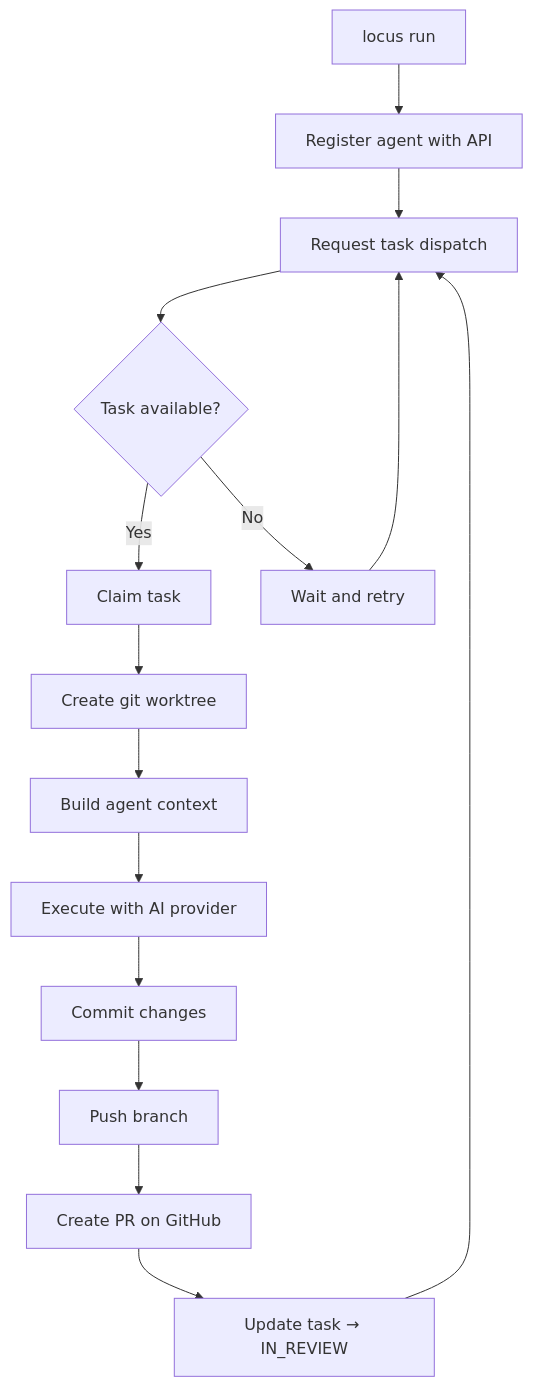
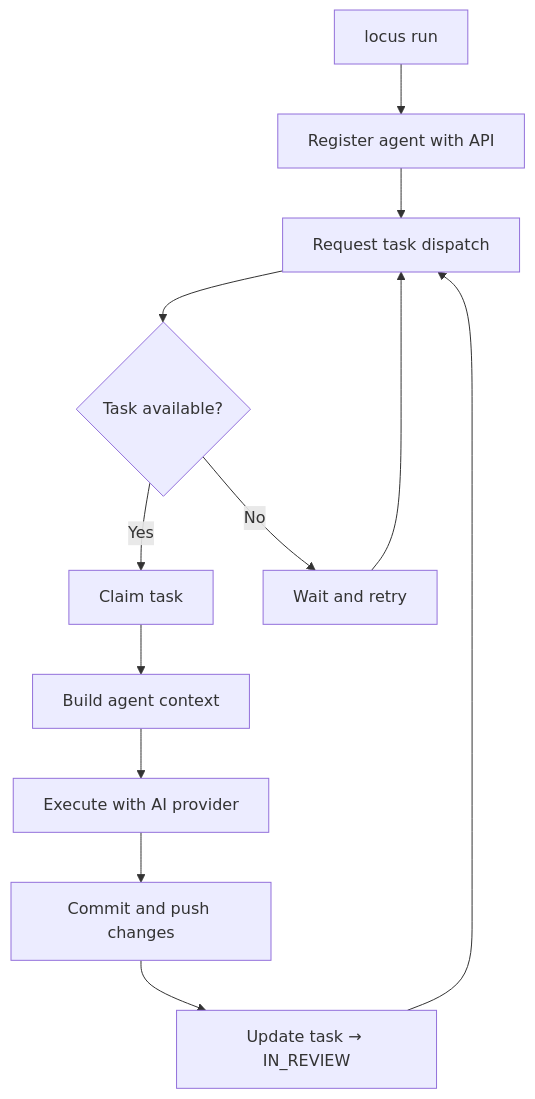
Before and after one commit to asgarovf/locusai: the third of 4 diagrams in docs/concepts/architecture.md, drawn with Mermaid. The commit also changed other lines of this file and 71 other files, not shown here.

````diff
--- a/docs/concepts/architecture.md
+++ b/docs/concepts/architecture.md
@@ -86,17 +86,14 @@
 ```mermaid
 flowchart TD
     A[locus run] --> B[Register agent with API]
     B --> C[Request task dispatch]
     C --> D{Task available?}
     D -->|Yes| E[Claim task]
     D -->|No| F[Wait and retry]
-    E --> G[Create git worktree]
-    G --> H[Build agent context]
-    H --> I[Execute with AI provider]
-    I --> J[Commit changes]
-    J --> K[Push branch]
-    K --> L[Create PR on GitHub]
-    L --> M[Update task → IN_REVIEW]
-    M --> C
+    E --> G[Build agent context]
+    G --> H[Execute with AI provider]
+    H --> I[Commit and push changes]
+    I --> J[Update task → IN_REVIEW]
+    J --> C
     F --> C
 ```
````
